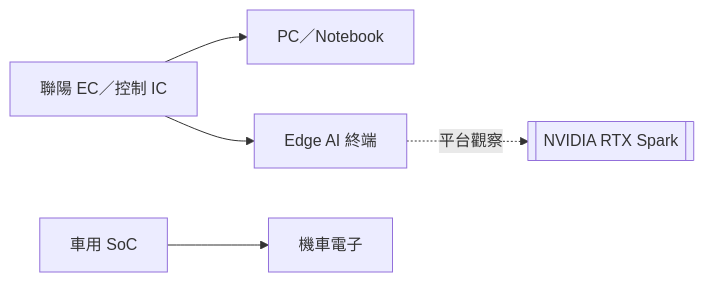
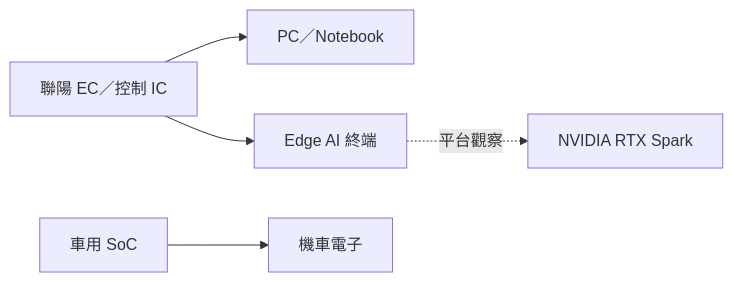
The diagram in content/lib/1.company/TW/3014_聯陽（市）.md (kevn950324/wiki_Stockv2), drawn with Mermaid before and after one commit. The commit also changed 117 other files, not shown here.

````diff
--- a/content/lib/1.company/TW/3014_聯陽（市）.md
+++ b/content/lib/1.company/TW/3014_聯陽（市）.md
@@ -43,7 +43,7 @@
 ```mermaid
 flowchart LR
   EC[聯陽 EC／控制 IC] --> PC[PC／Notebook]
   SoC[車用 SoC] --> Auto[機車電子]
   EC --> Edge[Edge AI 終端]
-  Edge -.平台觀察.-> NVDA[[NVIDIA RTX Spark]]
+  Edge -.平台觀察.-> NVDA["NVIDIA RTX Spark"]
 ```
````
